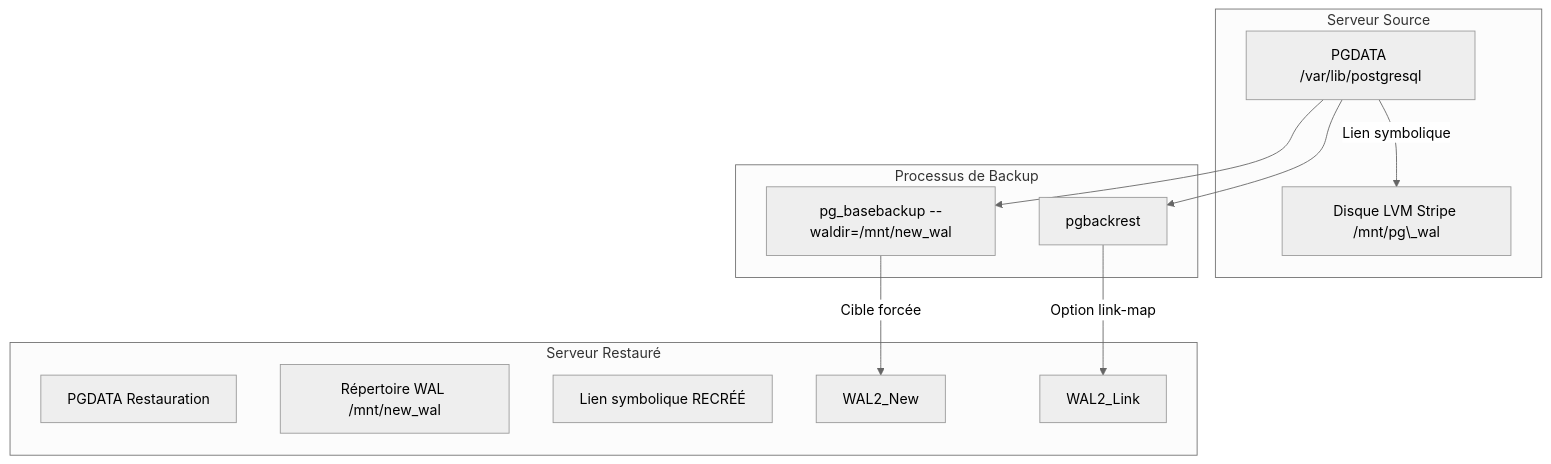
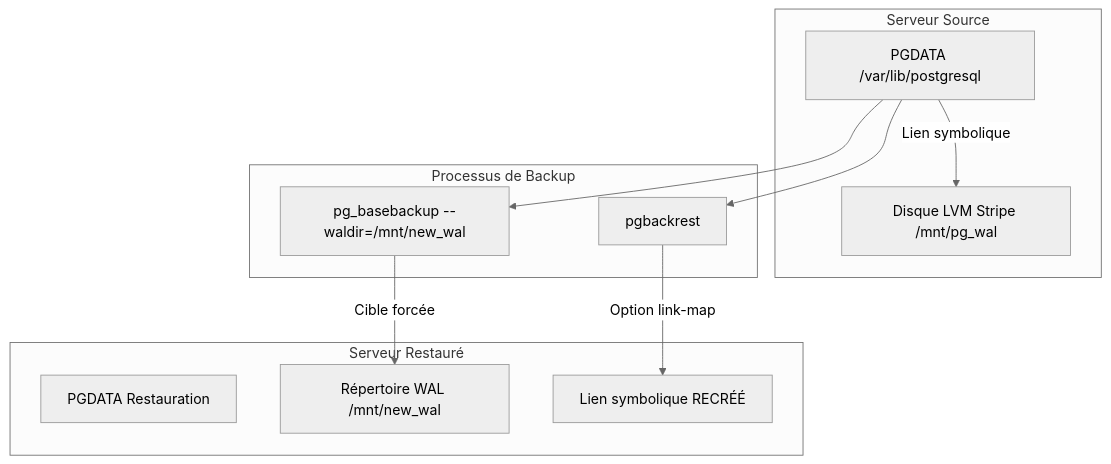
The diagram in documentation/PostgreSQL/perfromance_wal_disk.md (jmrenouard/dbscripts), drawn with Mermaid (neutral theme) before and after one commit. The commit also changed other lines of this file, not shown here.

First line of the commit message:
Fix formatting and clarity in WAL disk performance doc

````diff
--- a/documentation/PostgreSQL/perfromance_wal_disk.md
+++ b/documentation/PostgreSQL/perfromance_wal_disk.md
@@ -93,25 +93,25 @@
 ```mermaid
 graph TD  
     subgraph "Serveur Source"  
         DATA1[PGDATA /var/lib/postgresql]  
-        WAL1[Disque LVM Stripe /mnt/pg\_wal]  
+        WAL1[Disque LVM Stripe /mnt/pg_wal]  
         DATA1 -- "Lien symbolique" --> WAL1  
     end
 
     subgraph "Processus de Backup"  
         PGB[pg_basebackup --waldir=/mnt/new_wal]  
         PGR[pgbackrest]  
     end
 
     subgraph "Serveur Restauré"  
         DATA2[PGDATA Restauration]  
-        WAL2_New\[Répertoire WAL /mnt/new_wal]  
-        WAL2_Link\[Lien symbolique RECRÉÉ]  
+        WAL2_New[Répertoire WAL /mnt/new_wal]  
+        WAL2_Link[Lien symbolique RECRÉÉ]  
           
         PGB -->|Cible forcée| WAL2_New  
         PGR -->|Option link-map| WAL2_Link  
     end
 
     DATA1 --> PGB  
     DATA1 --> PGR
 ```
````
